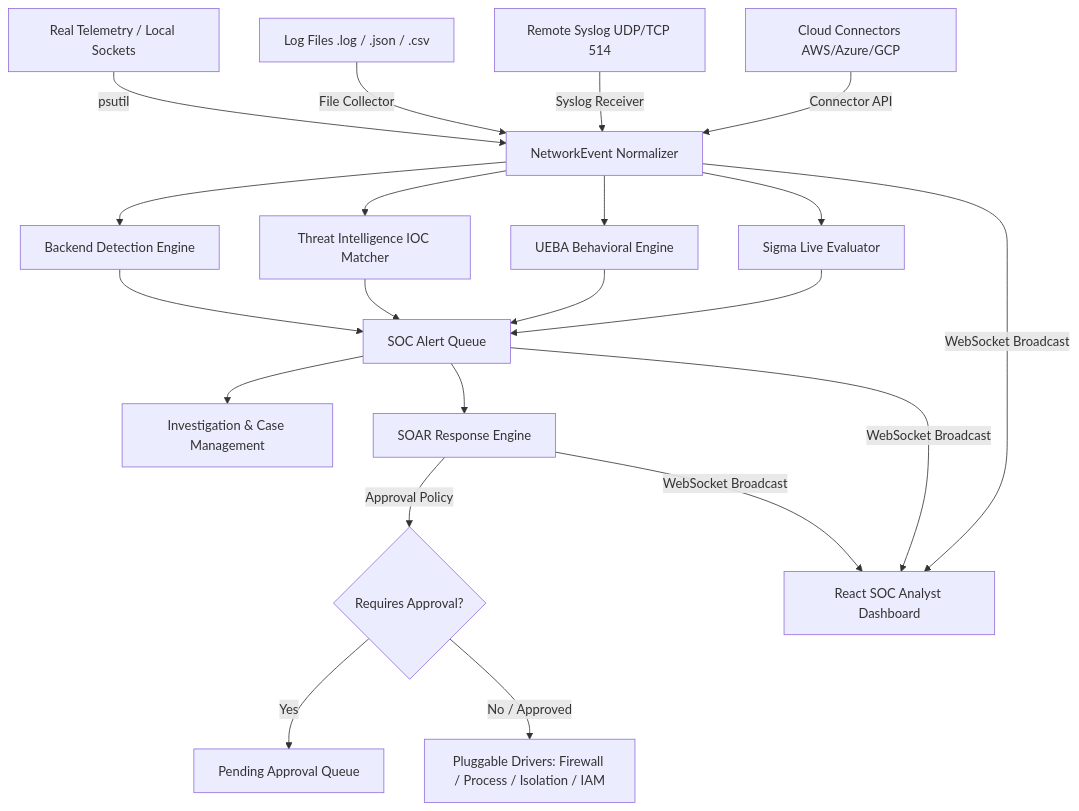
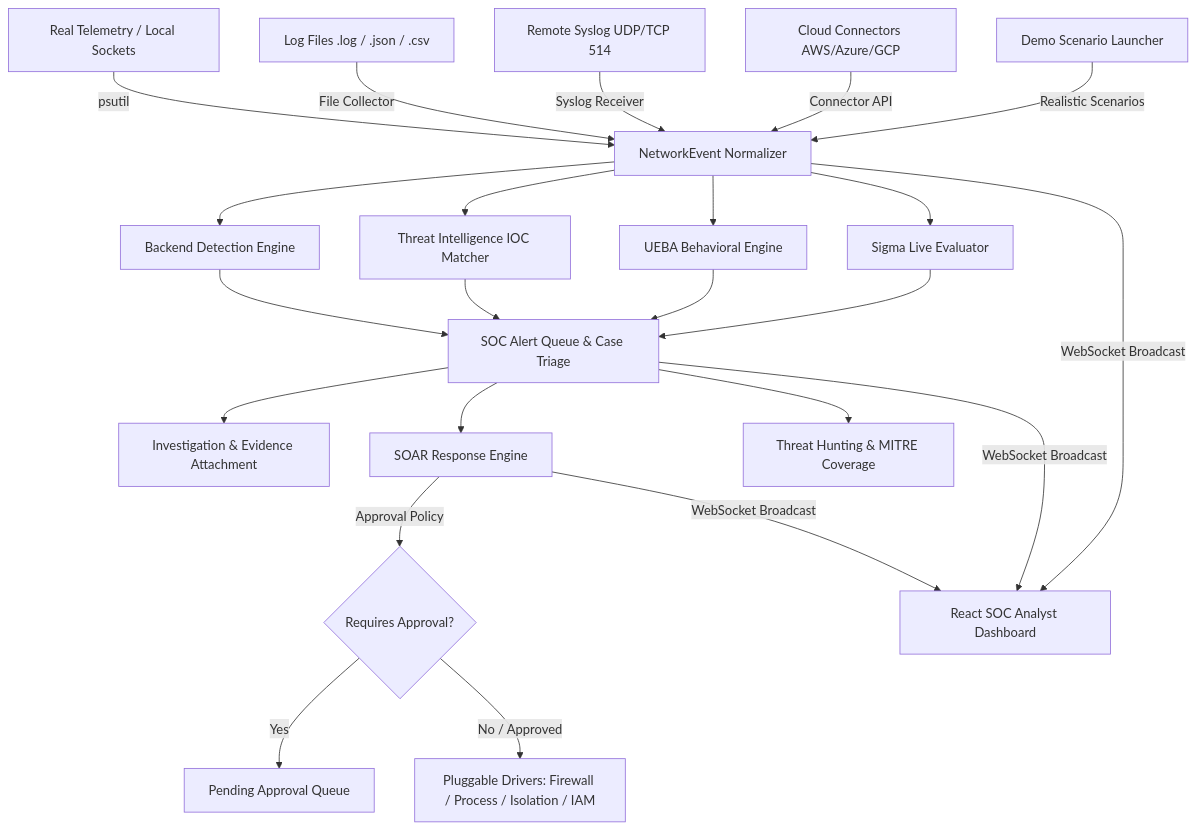
Before and after one commit to koppineeedi/NetWatch-Network-Security-Monitoring-Suspicious-Activity-Detection-Platform: the diagram in README.md, drawn with Mermaid. The commit also changed other lines of this file and 30 other files, not shown here.

Commit message:
feat(soc): upgrade NetWatch to portfolio-grade Defensive SOC & Threat Hunting platform

````diff
--- a/README.md
+++ b/README.md
@@ -48,28 +56,30 @@
 ```mermaid
 graph TD
     A[Real Telemetry / Local Sockets] -->|psutil| E[NetworkEvent Normalizer]
     B[Log Files .log / .json / .csv] -->|File Collector| E
     C[Remote Syslog UDP/TCP 514] -->|Syslog Receiver| E
     D[Cloud Connectors AWS/Azure/GCP] -->|Connector API| E
+    DS[Demo Scenario Launcher] -->|Realistic Scenarios| E
 
     E --> F[Backend Detection Engine]
     E --> G[Threat Intelligence IOC Matcher]
     E --> H[UEBA Behavioral Engine]
     E --> I[Sigma Live Evaluator]
 
-    F --> J[SOC Alert Queue]
+    F --> J[SOC Alert Queue & Case Triage]
     G --> J
     H --> J
     I --> J
 
-    J --> K[Investigation & Case Management]
+    J --> K[Investigation & Evidence Attachment]
     J --> L[SOAR Response Engine]
+    J --> TH[Threat Hunting & MITRE Coverage]
 
     L -->|Approval Policy| M{Requires Approval?}
     M -->|Yes| N[Pending Approval Queue]
     M -->|No / Approved| O[Pluggable Drivers: Firewall / Process / Isolation / IAM]
 
     E -->|WebSocket Broadcast| P[React SOC Analyst Dashboard]
     J -->|WebSocket Broadcast| P
     L -->|WebSocket Broadcast| P
 ```
````
